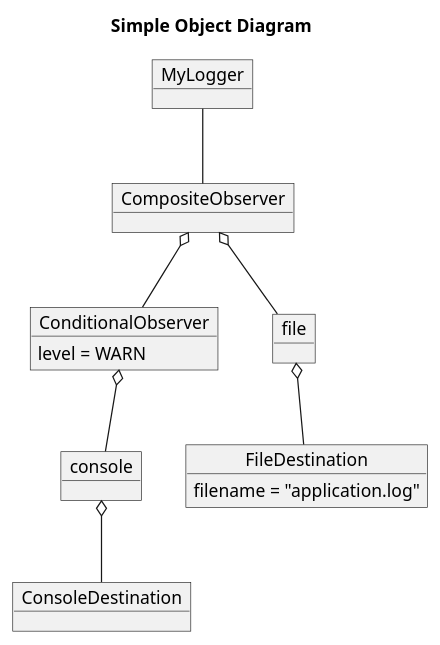
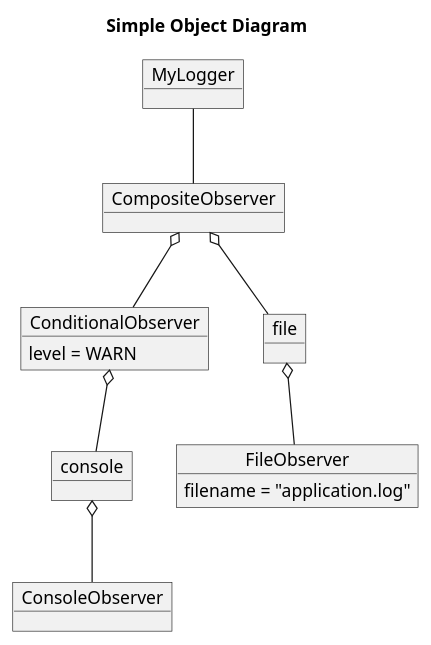
One commit to jhannes/logevents changed the diagram in doc/object-simple.puml. Above: the diagram before and after it, drawn with PlantUML. The commit also changed 20 other files, not shown here.

```diff
--- a/doc/object-simple.puml
+++ b/doc/object-simple.puml
@@ -1,24 +1,24 @@
 @startuml
 
 title Simple Object Diagram
 
 object MyLogger
 object CompositeObserver
 object ConditionalObserver
 object file
 object console
-object ConsoleDestination
-object FileDestination
+object ConsoleObserver
+object FileObserver
 
 MyLogger -- CompositeObserver
 CompositeObserver o-- ConditionalObserver
 CompositeObserver o-- file
 ConditionalObserver o-- console
-console o-- ConsoleDestination
-file o-- FileDestination
+console o-- ConsoleObserver
+file o-- FileObserver
 
-FileDestination : filename = "application.log"
+FileObserver : filename = "application.log"
 ConditionalObserver : level = WARN
 
 
 @enduml
```
